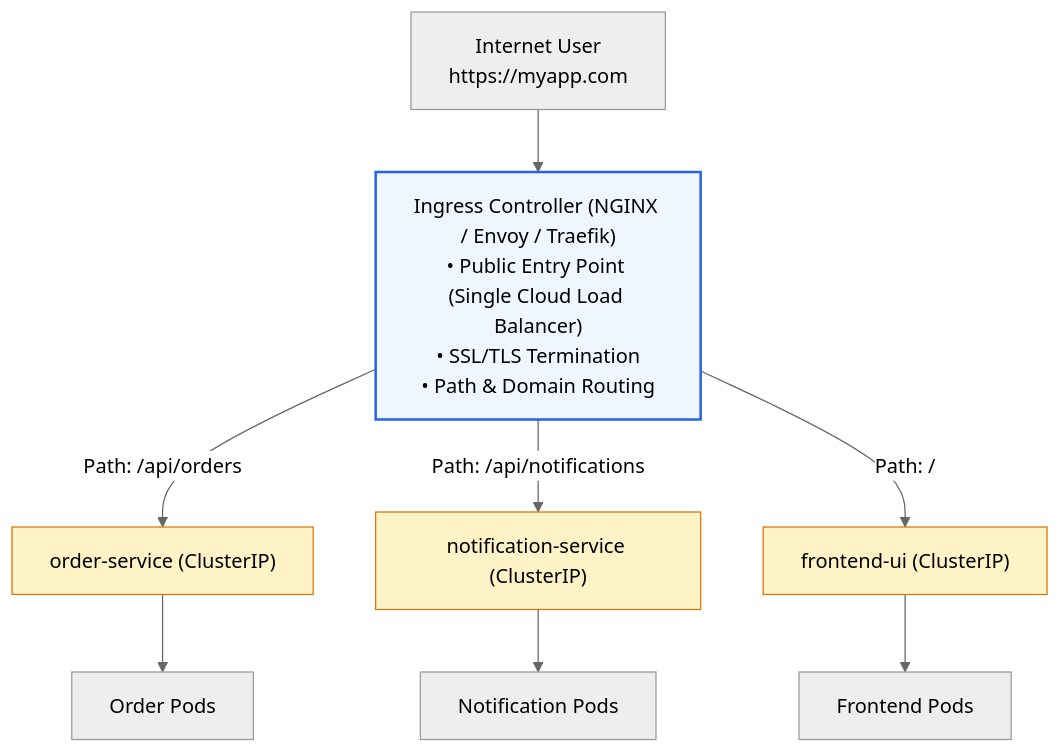
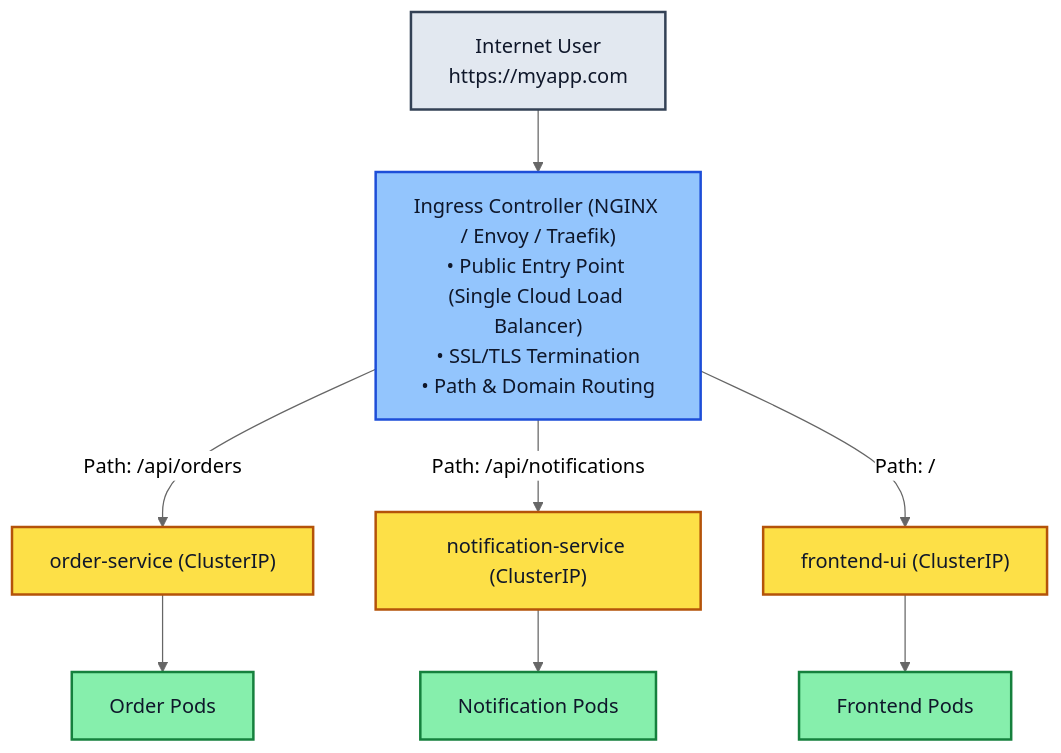
One commit to PandeyKishan/Study-Notes changed the fourth of 4 diagrams in 02-Kubernetes/03-Networking-Services-and-Ingress.md. Above: the diagram before and after it, drawn with Mermaid (neutral theme). The commit also changed other lines of this file and 22 other files, not shown here.

Commit message:
docs: enhance diagram visibility with high-contrast palette and add concise book definitions

````diff
--- a/02-Kubernetes/03-Networking-Services-and-Ingress.md
+++ b/02-Kubernetes/03-Networking-Services-and-Ingress.md
@@ -147,17 +164,21 @@
 ```mermaid
 flowchart TD
     User["Internet User\nhttps://myapp.com"] --> Ingress["Ingress Controller (NGINX / Envoy / Traefik)\n• Public Entry Point (Single Cloud Load Balancer)\n• SSL/TLS Termination\n• Path & Domain Routing"]
 
     Ingress -->|Path: /api/orders| Svc1["order-service (ClusterIP)"]
     Ingress -->|Path: /api/notifications| Svc2["notification-service (ClusterIP)"]
     Ingress -->|Path: /| Svc3["frontend-ui (ClusterIP)"]
 
     Svc1 --> PodOrders["Order Pods"]
     Svc2 --> PodNotif["Notification Pods"]
     Svc3 --> PodUI["Frontend Pods"]
 
-    style Ingress fill:#eff6ff,stroke:#2563eb,stroke-width:2px
-    style Svc1 fill:#fef3c7,stroke:#d97706,stroke-width:1px
-    style Svc2 fill:#fef3c7,stroke:#d97706,stroke-width:1px
-    style Svc3 fill:#fef3c7,stroke:#d97706,stroke-width:1px
+    style User fill:#e2e8f0,stroke:#334155,stroke-width:2px,color:#0f172a
+    style Ingress fill:#93c5fd,stroke:#1d4ed8,stroke-width:2px,color:#0f172a
+    style Svc1 fill:#fde047,stroke:#b45309,stroke-width:2px,color:#0f172a
+    style Svc2 fill:#fde047,stroke:#b45309,stroke-width:2px,color:#0f172a
+    style Svc3 fill:#fde047,stroke:#b45309,stroke-width:2px,color:#0f172a
+    style PodOrders fill:#86efac,stroke:#15803d,stroke-width:2px,color:#0f172a
+    style PodNotif fill:#86efac,stroke:#15803d,stroke-width:2px,color:#0f172a
+    style PodUI fill:#86efac,stroke:#15803d,stroke-width:2px,color:#0f172a
 ```
````
